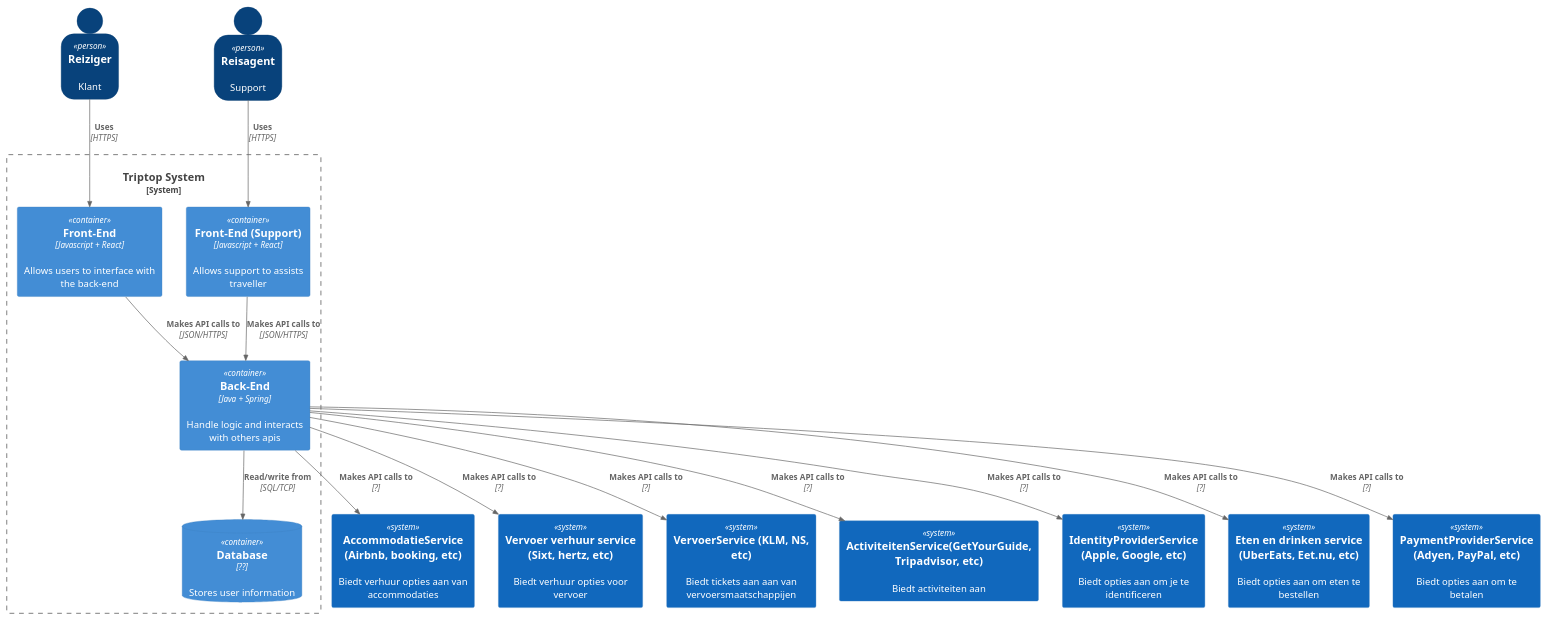
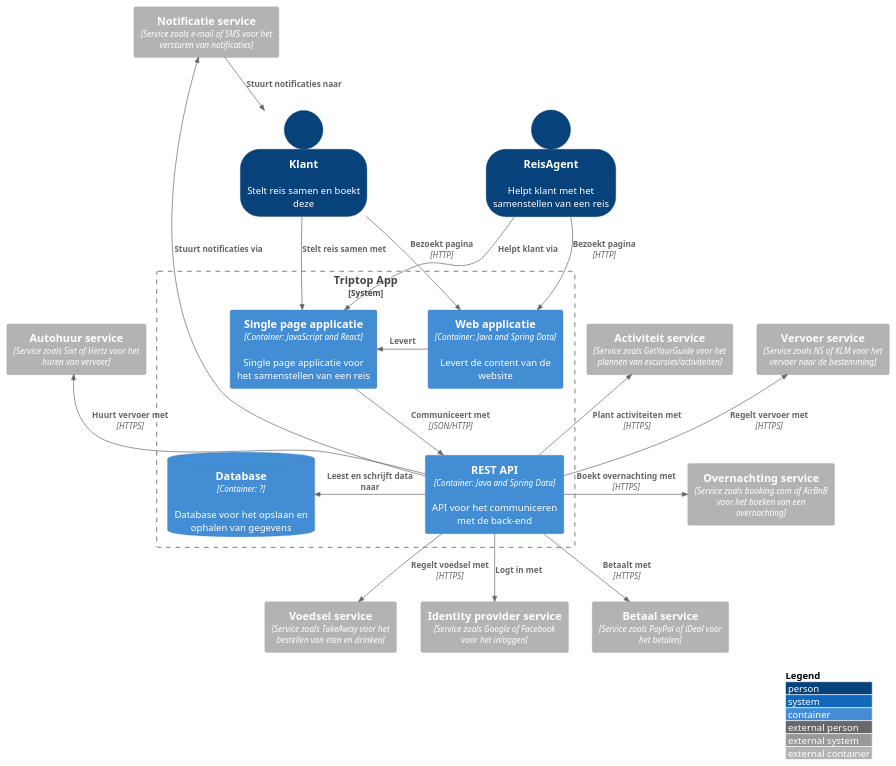
Before and after one commit to AIM-ENE-feb25/triptop-de-broederbond-fgs: the diagram in opdracht-diagrammen/container-diagram.puml, drawn with PlantUML. The commit also changed 10 other files, not shown here.

```diff
--- a/opdracht-diagrammen/container-diagram.puml
+++ b/opdracht-diagrammen/container-diagram.puml
@@ -1,62 +1,51 @@
 @startuml
 
-!include  https://raw.githubusercontent.com/plantuml-stdlib/C4-PlantUML/master/C4_Container.puml
+!include https://raw.githubusercontent.com/plantuml-stdlib/C4-PlantUML/master/C4_Container.puml
 
 SHOW_PERSON_OUTLINE()
+LAYOUT_WITH_LEGEND()
 
-'Person("Reiziger", "Reiziger", "Klant")
-'Person("Reisagent", "Reisagent", "Support")
-'
-'System("Triptop", "Triptop", "Zelfstandig reisplanning en beheer")
-'
-'System_Ext("Accommodatie","Accommodatie (Airbnb, booking, etc)", "Biedt verhuur opties aan van accommodaties")
-'System_Ext("VervoerVerhuur","Vervoer verhuur (Sixt, hertz, etc)", "Biedt verhuur opties voor vervoer")
-'System_Ext("VervoerMaatschappij","Vervoer maatschappij (KLM, NS, etc)", "Biedt tickets aan aan van vervoersmaatschappijen")
-'System_Ext("Activiteiten","Activiteiten GetYourGuide, Tripadvisor, etc)", "Biedt activiteiten aan")
-'System_Ext("IdentityProvider","IdentityProvider (Apple, Google, etc)", "Biedt opties aan om je te identificeren")
-'System_Ext("EtenEnDrinken","Eten en drinken (UberEats, Eet.nu, etc)", "Biedt opties aan om eten te bestellen")
-'System_Ext("PaymentProvider","PaymentProvider (Adyen, PayPal, etc)", "Biedt opties aan om te betalen")
-'
-'Rel("Reiziger", "Triptop", "Het samenstellen, boeken, annuleren en aanpassen van een reis")
-'Rel("Reisagent", "Triptop", "Verleent support aan reizigers")
-'Rel("Triptop", "Accommodatie", "Biedt verhuur opties aan van accommodaties")
-'Rel("Triptop", "VervoerVerhuur", "Biedt verhuur opties voor vervoer")
-'Rel("Triptop", "VervoerMaatschappij", "Biedt tickets aan aan van vervoersmaatschappijen")
-'Rel("Triptop", "Activiteiten", "Biedt activiteiten aan")
-'Rel("Triptop", "IdentityProvider", "Biedt opties aan om je te identificeren")
-'Rel("Triptop", "EtenEnDrinken", "Biedt opties aan om eten te bestellen")
-'Rel("Triptop", "PaymentProvider", "Biedt opties aan om te betalen")
+Person(klant, "Klant", "Stelt reis samen en boekt deze")
+Person(reisAgent, "ReisAgent", "Helpt klant met het samenstellen van een reis")
 
-Person("Reiziger", "Reiziger", "Klant")
-Person("Reisagent", "Reisagent", "Support")
-System_Boundary(c1, "Triptop System") {
-    Container(front_end, "Front-End", "Javascript + React", "Allows users to interface with the back-end")
-    Container(front_end2, "Front-End (Support)", "Javascript + React", "Allows support to assists traveller")
-    Container(back_end, "Back-End", "Java + Spring", "Handle logic and interacts with others apis")
-    ContainerDb(database, "Database", "??", "Stores user information")
+System_Boundary(tripTopApp, "Triptop App") {
+Container(webApp, "Web applicatie", "Container: Java and Spring Data", "Levert de content van de website")
+Container(singlePageApp, "Single page applicatie", "Container: JavaScript and React", "Single page applicatie voor het samenstellen van een reis")
+Container(restAPI, "REST API", "Container: Java and Spring Data", "API voor het communiceren met de back-end")
+ContainerDb(database, "Database", "Container: ?", "Database voor het opslaan en ophalen van gegevens")
 }
 
-System("Accommodatie","AccommodatieService (Airbnb, booking, etc)", "Biedt verhuur opties aan van accommodaties")
-System("VervoerVerhuur","Vervoer verhuur service (Sixt, hertz, etc)", "Biedt verhuur opties voor vervoer")
-System("VervoerMaatschappij","VervoerService (KLM, NS, etc)", "Biedt tickets aan aan van vervoersmaatschappijen")
-System("Activiteiten","ActiviteitenService(GetYourGuide, Tripadvisor, etc)", "Biedt activiteiten aan")
-System("IdentityProvider","IdentityProviderService (Apple, Google, etc)", "Biedt opties aan om je te identificeren")
-System("EtenEnDrinken","Eten en drinken service (UberEats, Eet.nu, etc)", "Biedt opties aan om eten te bestellen")
-System("PaymentProvider","PaymentProviderService (Adyen, PayPal, etc)", "Biedt opties aan om te betalen")
+Container_Ext(overnachtingService, "Overnachting service", "Service zoals booking.com of AirBnB voor het boeken van een overnachting")
+Container_Ext(vervoerService, "Vervoer service", "Service zoals NS of KLM voor het vervoer naar de bestemming")
+Container_Ext(activiteitService, "Activiteit service", "Service zoals GetYourGuide voor het plannen van excursies/activiteiten")
+Container_Ext(autohuurService, "Autohuur service", "Service zoals Sixt of Hertz voor het huren van vervoer")
+Container_Ext(voedselService, "Voedsel service", "Service zoals TakeAway voor het bestellen van eten en drinken")
+Container_Ext(identityProviderService, "Identity provider service", "Service zoals Google of Facebook voor het inloggen")
+Container_Ext(paymentService, "Betaal service", "Service zoals PayPal of iDeal voor het betalen")
+Container_Ext(noticationService, "Notificatie service", "Service zoals e-mail of SMS voor het versturen van notificaties")
+Container_Ext(identityProviderService, "Identity provider service", "Service zoals Google of Facebook voor het inloggen")
 
-Rel(Reiziger, front_end, "Uses", "HTTPS")
-Rel(Reisagent, front_end2, "Uses", "HTTPS")
+' Klant relaties
+Rel(klant, webApp, "Bezoekt pagina", "HTTP")
+Rel(klant, singlePageApp, "Stelt reis samen met")
+Rel(noticationService, klant, "Stuurt notificaties naar")
 
-Rel(front_end, back_end, "Makes API calls to", "JSON/HTTPS")
-Rel(front_end2, back_end, "Makes API calls to", "JSON/HTTPS")
-Rel(back_end, database, "Read/write from", "SQL/TCP")
+' ReisAgent relaties
+Rel(reisAgent, webApp, "Bezoekt pagina", "HTTP")
+Rel(reisAgent, singlePageApp, "Helpt klant via")
 
-Rel(back_end, "Accommodatie", "Makes API calls to", "?")
-Rel(back_end, "VervoerMaatschappij", "Makes API calls to", "?")
-Rel(back_end, "Activiteiten", "Makes API calls to", "?")
-Rel(back_end, "VervoerVerhuur", "Makes API calls to", "?")
-Rel(back_end, "EtenEnDrinken", "Makes API calls to", "?")
-Rel(back_end, "IdentityProvider", "Makes API calls to", "?")
-Rel(back_end, "PaymentProvider", "Makes API calls to", "?")
+' Triptop relaties
+Rel_R(webApp, singlePageApp, "Levert")
+Rel(singlePageApp, restAPI, "Communiceert met", "JSON/HTTP")
+Rel_L(restAPI, database, "Leest en schrijft data naar")
 
+'API relaties
+Rel_R(restAPI, overnachtingService, "Boekt overnachting met", "HTTPS")
+Rel_U(restAPI, vervoerService, "Regelt vervoer met", "HTTPS")
+Rel_U(restAPI, activiteitService, "Plant activiteiten met", "HTTPS")
+Rel_U(restAPI, autohuurService, "Huurt vervoer met", "HTTPS")
+Rel(restAPI, voedselService, "Regelt voedsel met", "HTTPS")
+Rel(restAPI, identityProviderService, "Logt in met")
+Rel(restAPI, paymentService, "Betaalt met", "HTTPS")
+Rel(restAPI, noticationService, "Stuurt notificaties via")
 @enduml
```
